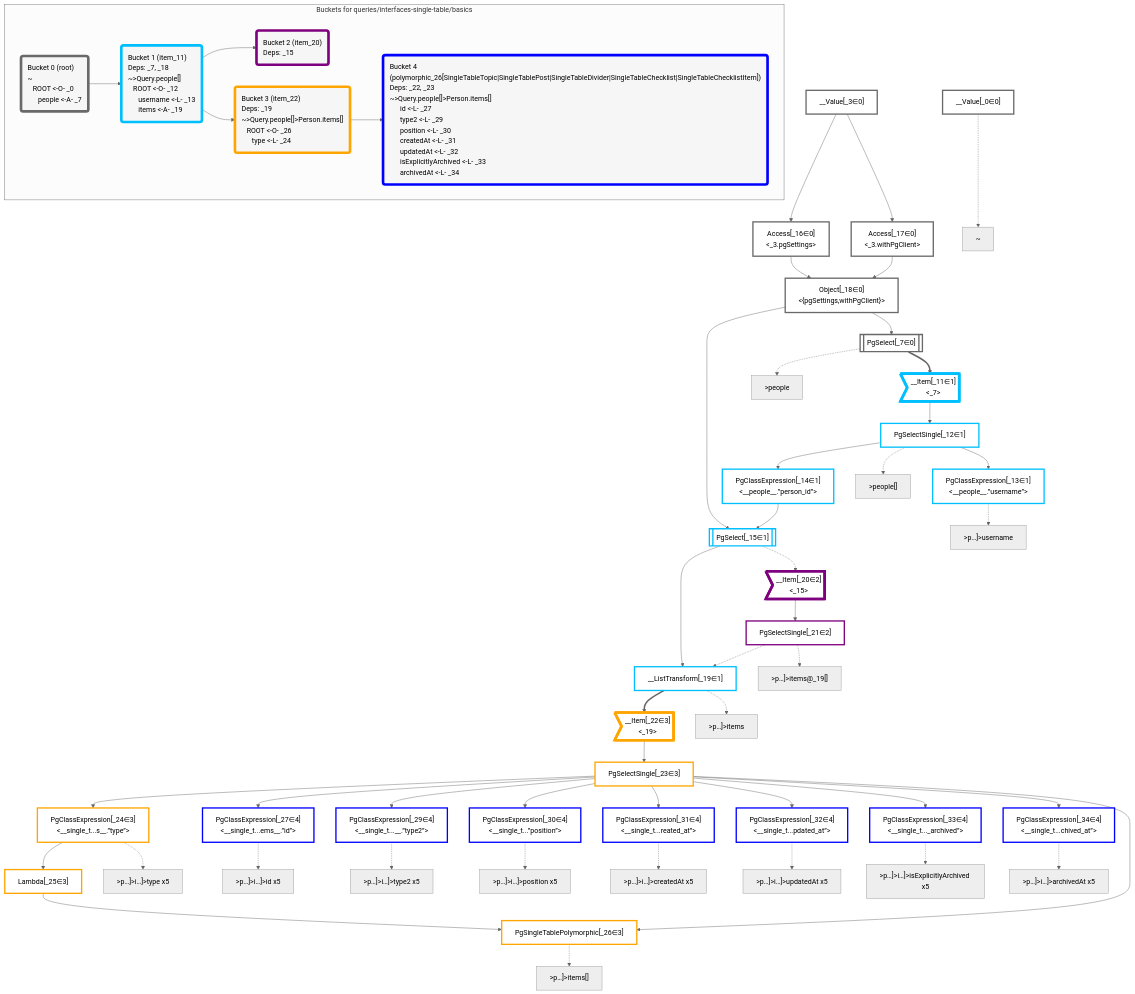
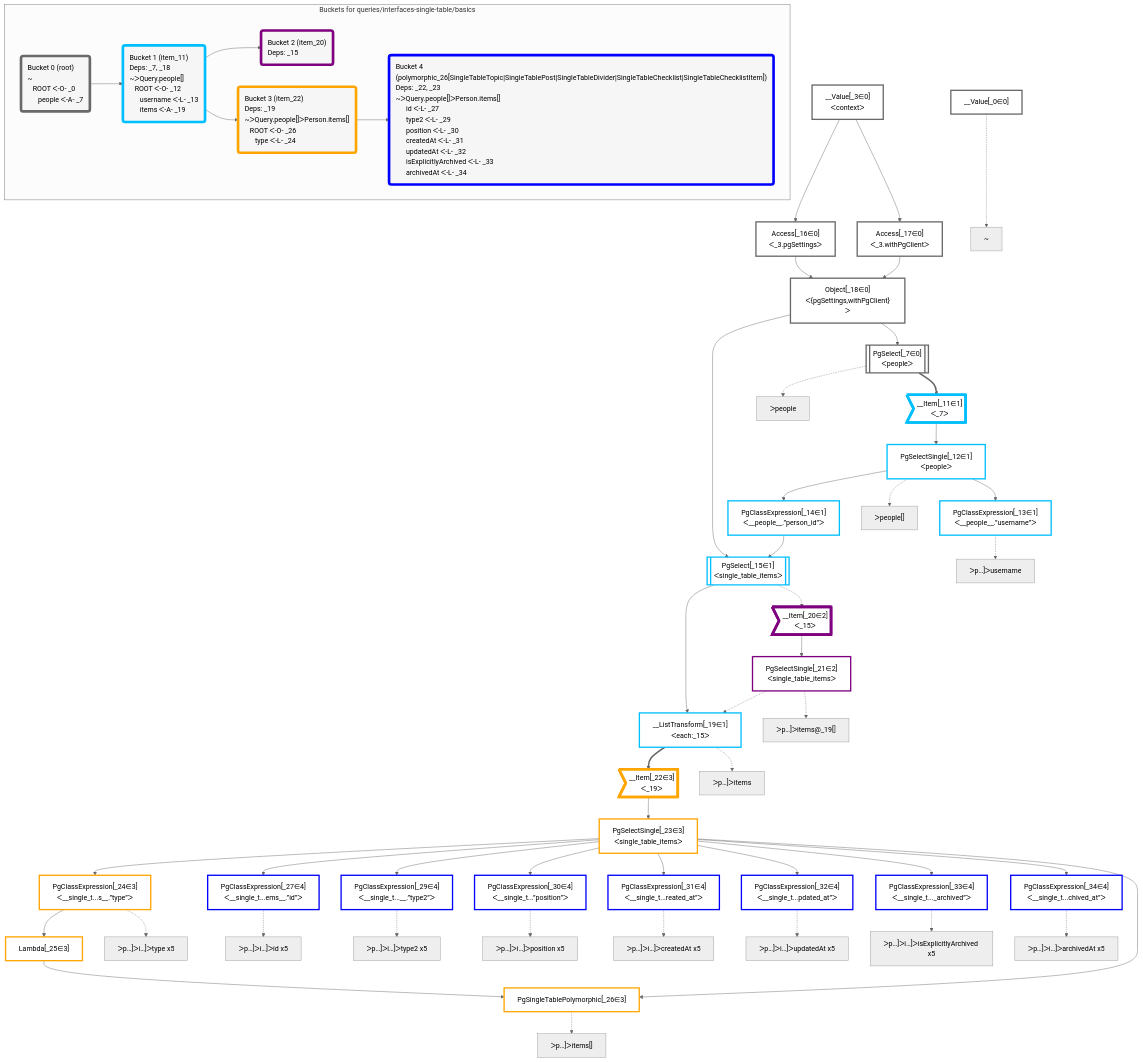
The diagram in packages/dataplan-pg/__tests__/queries/interfaces-single-table/basics.deopt.mermaid.md (graphile/crystal), drawn with Mermaid (neutral theme) before and after one commit. The commit also changed 195 other files, not shown here.

```diff
--- a/packages/dataplan-pg/__tests__/queries/interfaces-single-table/basics.deopt.mermaid.md
+++ b/packages/dataplan-pg/__tests__/queries/interfaces-single-table/basics.deopt.mermaid.md
@@ -9,31 +9,31 @@
 
     %% define plans
     __Value_0["__Value[_0∈0]"]:::plan
-    __Value_3["__Value[_3∈0]<br /><context>"]:::plan
-    PgSelect_7[["PgSelect[_7∈0]<br /><people>"]]:::plan
-    __Item_11>"__Item[_11∈1]<br /><_7>"]:::itemplan
-    PgSelectSingle_12["PgSelectSingle[_12∈1]<br /><people>"]:::plan
-    PgClassExpression_13["PgClassExpression[_13∈1]<br /><__people__.”username”>"]:::plan
-    PgClassExpression_14["PgClassExpression[_14∈1]<br /><__people__.”person_id”>"]:::plan
-    PgSelect_15[["PgSelect[_15∈1]<br /><single_table_items>"]]:::plan
-    Access_16["Access[_16∈0]<br /><_3.pgSettings>"]:::plan
-    Access_17["Access[_17∈0]<br /><_3.withPgClient>"]:::plan
-    Object_18["Object[_18∈0]<br /><{pgSettings,withPgClient}>"]:::plan
-    __ListTransform_19["__ListTransform[_19∈1]<br /><each:_15>"]:::plan
-    __Item_20>"__Item[_20∈2]<br /><_15>"]:::itemplan
-    PgSelectSingle_21["PgSelectSingle[_21∈2]<br /><single_table_items>"]:::plan
-    __Item_22>"__Item[_22∈3]<br /><_19>"]:::itemplan
-    PgSelectSingle_23["PgSelectSingle[_23∈3]<br /><single_table_items>"]:::plan
-    PgClassExpression_24["PgClassExpression[_24∈3]<br /><__single_t...s__.”type”>"]:::plan
+    __Value_3["__Value[_3∈0]<br />ᐸcontextᐳ"]:::plan
+    PgSelect_7[["PgSelect[_7∈0]<br />ᐸpeopleᐳ"]]:::plan
+    __Item_11>"__Item[_11∈1]<br />ᐸ_7ᐳ"]:::itemplan
+    PgSelectSingle_12["PgSelectSingle[_12∈1]<br />ᐸpeopleᐳ"]:::plan
+    PgClassExpression_13["PgClassExpression[_13∈1]<br />ᐸ__people__.”username”ᐳ"]:::plan
+    PgClassExpression_14["PgClassExpression[_14∈1]<br />ᐸ__people__.”person_id”ᐳ"]:::plan
+    PgSelect_15[["PgSelect[_15∈1]<br />ᐸsingle_table_itemsᐳ"]]:::plan
+    Access_16["Access[_16∈0]<br />ᐸ_3.pgSettingsᐳ"]:::plan
+    Access_17["Access[_17∈0]<br />ᐸ_3.withPgClientᐳ"]:::plan
+    Object_18["Object[_18∈0]<br />ᐸ{pgSettings,withPgClient}ᐳ"]:::plan
+    __ListTransform_19["__ListTransform[_19∈1]<br />ᐸeach:_15ᐳ"]:::plan
+    __Item_20>"__Item[_20∈2]<br />ᐸ_15ᐳ"]:::itemplan
+    PgSelectSingle_21["PgSelectSingle[_21∈2]<br />ᐸsingle_table_itemsᐳ"]:::plan
+    __Item_22>"__Item[_22∈3]<br />ᐸ_19ᐳ"]:::itemplan
+    PgSelectSingle_23["PgSelectSingle[_23∈3]<br />ᐸsingle_table_itemsᐳ"]:::plan
+    PgClassExpression_24["PgClassExpression[_24∈3]<br />ᐸ__single_t...s__.”type”ᐳ"]:::plan
     Lambda_25["Lambda[_25∈3]"]:::plan
     PgSingleTablePolymorphic_26["PgSingleTablePolymorphic[_26∈3]"]:::plan
-    PgClassExpression_27["PgClassExpression[_27∈4]<br /><__single_t...ems__.”id”>"]:::plan
-    PgClassExpression_29["PgClassExpression[_29∈4]<br /><__single_t...__.”type2”>"]:::plan
-    PgClassExpression_30["PgClassExpression[_30∈4]<br /><__single_t...”position”>"]:::plan
-    PgClassExpression_31["PgClassExpression[_31∈4]<br /><__single_t...reated_at”>"]:::plan
-    PgClassExpression_32["PgClassExpression[_32∈4]<br /><__single_t...pdated_at”>"]:::plan
-    PgClassExpression_33["PgClassExpression[_33∈4]<br /><__single_t..._archived”>"]:::plan
-    PgClassExpression_34["PgClassExpression[_34∈4]<br /><__single_t...chived_at”>"]:::plan
+    PgClassExpression_27["PgClassExpression[_27∈4]<br />ᐸ__single_t...ems__.”id”ᐳ"]:::plan
+    PgClassExpression_29["PgClassExpression[_29∈4]<br />ᐸ__single_t...__.”type2”ᐳ"]:::plan
+    PgClassExpression_30["PgClassExpression[_30∈4]<br />ᐸ__single_t...”position”ᐳ"]:::plan
+    PgClassExpression_31["PgClassExpression[_31∈4]<br />ᐸ__single_t...reated_at”ᐳ"]:::plan
+    PgClassExpression_32["PgClassExpression[_32∈4]<br />ᐸ__single_t...pdated_at”ᐳ"]:::plan
+    PgClassExpression_33["PgClassExpression[_33∈4]<br />ᐸ__single_t..._archived”ᐳ"]:::plan
+    PgClassExpression_34["PgClassExpression[_34∈4]<br />ᐸ__single_t...chived_at”ᐳ"]:::plan
 
     %% plan dependencies
     Object_18 --> PgSelect_7
@@ -68,33 +68,33 @@
     %% plan-to-path relationships
     P_0["~"]
     __Value_0 -.-> P_0
-    P_7[">people"]
+    P_7["ᐳpeople"]
     PgSelect_7 -.-> P_7
-    P_12[">people[]"]
+    P_12["ᐳpeople[]"]
     PgSelectSingle_12 -.-> P_12
-    P_13[">p…]>username"]
+    P_13["ᐳp…]ᐳusername"]
     PgClassExpression_13 -.-> P_13
-    P_19[">p…]>items"]
+    P_19["ᐳp…]ᐳitems"]
     __ListTransform_19 -.-> P_19
-    P_21[">p…]>items@_19[]"]
+    P_21["ᐳp…]ᐳitems@_19[]"]
     PgSelectSingle_21 -.-> P_21
-    P_24[">p…]>i…]>type x5"]
+    P_24["ᐳp…]ᐳi…]ᐳtype x5"]
     PgClassExpression_24 -.-> P_24
-    P_26[">p…]>items[]"]
+    P_26["ᐳp…]ᐳitems[]"]
     PgSingleTablePolymorphic_26 -.-> P_26
-    P_27[">p…]>i…]>id x5"]
+    P_27["ᐳp…]ᐳi…]ᐳid x5"]
     PgClassExpression_27 -.-> P_27
-    P_29[">p…]>i…]>type2 x5"]
+    P_29["ᐳp…]ᐳi…]ᐳtype2 x5"]
     PgClassExpression_29 -.-> P_29
-    P_30[">p…]>i…]>position x5"]
+    P_30["ᐳp…]ᐳi…]ᐳposition x5"]
     PgClassExpression_30 -.-> P_30
-    P_31[">p…]>i…]>createdAt x5"]
+    P_31["ᐳp…]ᐳi…]ᐳcreatedAt x5"]
     PgClassExpression_31 -.-> P_31
-    P_32[">p…]>i…]>updatedAt x5"]
+    P_32["ᐳp…]ᐳi…]ᐳupdatedAt x5"]
     PgClassExpression_32 -.-> P_32
-    P_33[">p…]>i…]>isExplicitlyArchived x5"]
+    P_33["ᐳp…]ᐳi…]ᐳisExplicitlyArchived x5"]
     PgClassExpression_33 -.-> P_33
-    P_34[">p…]>i…]>archivedAt x5"]
+    P_34["ᐳp…]ᐳi…]ᐳarchivedAt x5"]
     PgClassExpression_34 -.-> P_34
 
     %% allocate buckets
@@ -110,18 +110,18 @@
     class PgClassExpression_27,PgClassExpression_29,PgClassExpression_30,PgClassExpression_31,PgClassExpression_32,PgClassExpression_33,PgClassExpression_34 bucket4
 
     subgraph "Buckets for queries/interfaces-single-table/basics"
-    Bucket0("Bucket 0 (root)<br />~<br />⠀ROOT <-O- _0<br />⠀⠀people <-A- _7"):::bucket
+    Bucket0("Bucket 0 (root)<br />~<br />⠀ROOT ᐸ-O- _0<br />⠀⠀people ᐸ-A- _7"):::bucket
     style Bucket0 stroke:#696969
-    Bucket1("Bucket 1 (item_11)<br />Deps: _7, _18<br />~>Query.people[]<br />⠀ROOT <-O- _12<br />⠀⠀username <-L- _13<br />⠀⠀items <-A- _19"):::bucket
+    Bucket1("Bucket 1 (item_11)<br />Deps: _7, _18<br />~ᐳQuery.people[]<br />⠀ROOT ᐸ-O- _12<br />⠀⠀username ᐸ-L- _13<br />⠀⠀items ᐸ-A- _19"):::bucket
     style Bucket1 stroke:#00bfff
     Bucket0 --> Bucket1
     Bucket2("Bucket 2 (item_20)<br />Deps: _15"):::bucket
     style Bucket2 stroke:#7f007f
     Bucket1 --> Bucket2
-    Bucket3("Bucket 3 (item_22)<br />Deps: _19<br />~>Query.people[]>Person.items[]<br />⠀ROOT <-O- _26<br />⠀⠀type <-L- _24"):::bucket
+    Bucket3("Bucket 3 (item_22)<br />Deps: _19<br />~ᐳQuery.people[]ᐳPerson.items[]<br />⠀ROOT ᐸ-O- _26<br />⠀⠀type ᐸ-L- _24"):::bucket
     style Bucket3 stroke:#ffa500
     Bucket1 --> Bucket3
-    Bucket4("Bucket 4 (polymorphic_26[SingleTableTopic|SingleTablePost|SingleTableDivider|SingleTableChecklist|SingleTableChecklistItem])<br />Deps: _22, _23<br />~>Query.people[]>Person.items[]<br />⠀⠀id <-L- _27<br />⠀⠀type2 <-L- _29<br />⠀⠀position <-L- _30<br />⠀⠀createdAt <-L- _31<br />⠀⠀updatedAt <-L- _32<br />⠀⠀isExplicitlyArchived <-L- _33<br />⠀⠀archivedAt <-L- _34"):::bucket
+    Bucket4("Bucket 4 (polymorphic_26[SingleTableTopic|SingleTablePost|SingleTableDivider|SingleTableChecklist|SingleTableChecklistItem])<br />Deps: _22, _23<br />~ᐳQuery.people[]ᐳPerson.items[]<br />⠀⠀id ᐸ-L- _27<br />⠀⠀type2 ᐸ-L- _29<br />⠀⠀position ᐸ-L- _30<br />⠀⠀createdAt ᐸ-L- _31<br />⠀⠀updatedAt ᐸ-L- _32<br />⠀⠀isExplicitlyArchived ᐸ-L- _33<br />⠀⠀archivedAt ᐸ-L- _34"):::bucket
     style Bucket4 stroke:#0000ff
     Bucket3 --> Bucket4
     end
```
